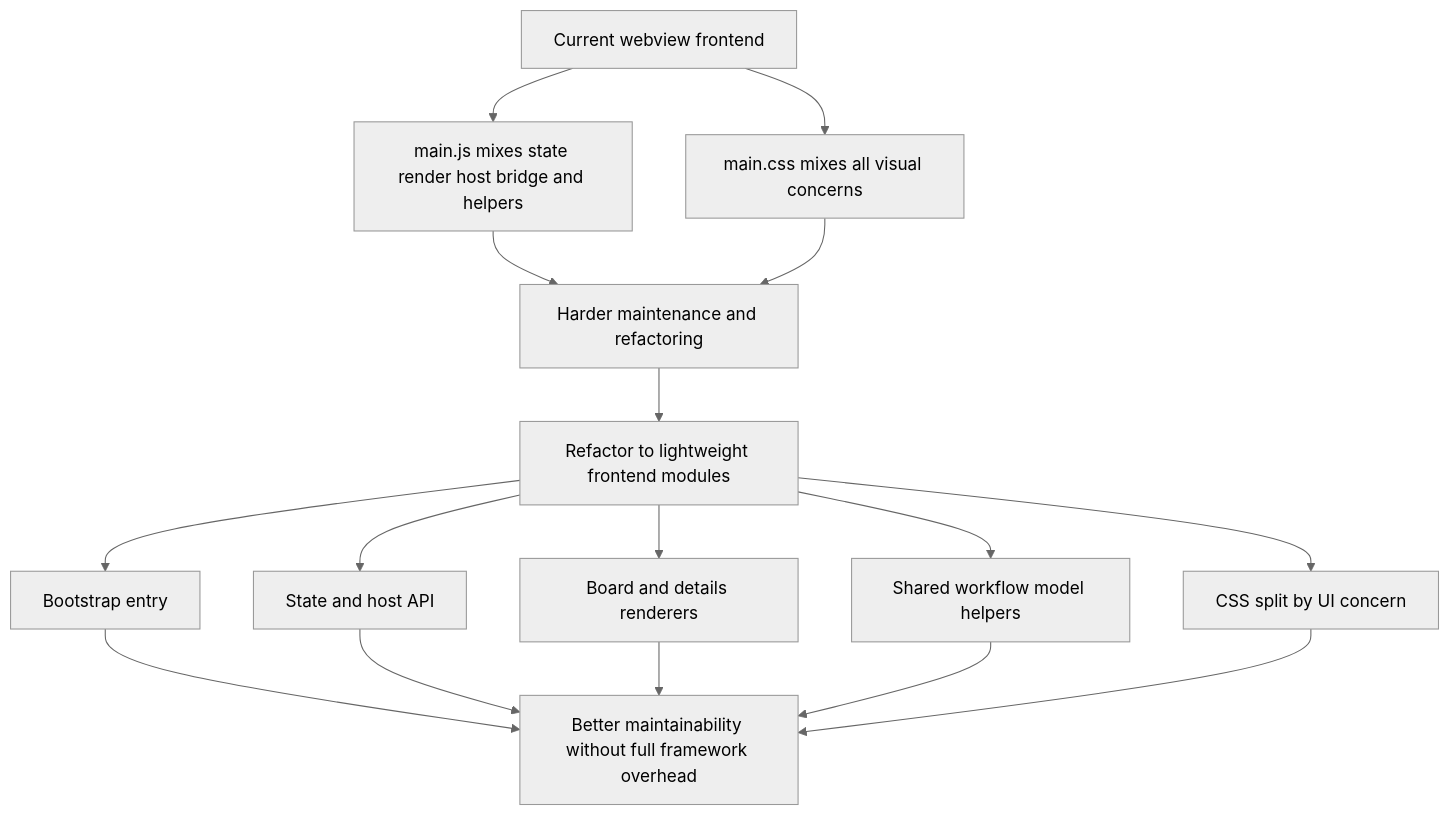
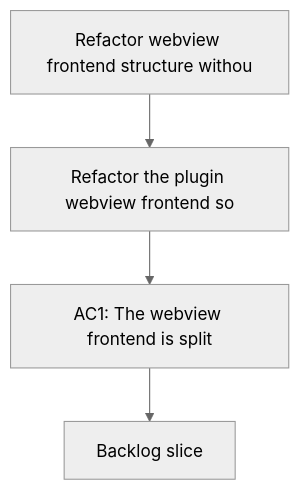
One commit to AlexAgo83/logics-manager changed the diagram in logics/request/req_026_refactor_webview_frontend_structure_without_introducing_a_full_framework.md. Above: the diagram before and after it, drawn with Mermaid (neutral theme). The commit also changed other lines of this file and 481 other files, not shown here.

Commit message:
Normalize Logics docs and workflow indicators

````diff
--- a/logics/request/req_026_refactor_webview_frontend_structure_without_introducing_a_full_framework.md
+++ b/logics/request/req_026_refactor_webview_frontend_structure_without_introducing_a_full_framework.md
@@ -37,19 +37,8 @@
 ```mermaid
+%% logics-kind: request
 %% logics-signature: request|refactor-webview-frontend-structure-with|refactor-the-plugin-webview-frontend-so|ac1-the-webview-frontend-is-split
 flowchart TD
-    A[Current webview frontend] --> B[main.js mixes state render host bridge and helpers]
-    A --> C[main.css mixes all visual concerns]
-    B --> D[Harder maintenance and refactoring]
-    C --> D
-    D --> E[Refactor to lightweight frontend modules]
-    E --> F[Bootstrap entry]
-    E --> G[State and host API]
-    E --> H[Board and details renderers]
-    E --> I[Shared workflow model helpers]
-    E --> J[CSS split by UI concern]
-    F --> K[Better maintainability without full framework overhead]
-    G --> K
-    H --> K
-    I --> K
-    J --> K
+    Trigger[Refactor webview frontend structure withou] --> Need[Refactor the plugin webview frontend so]
+    Need --> Outcome[AC1: The webview frontend is split]
+    Outcome --> Backlog[Backlog slice]
 ```
````
